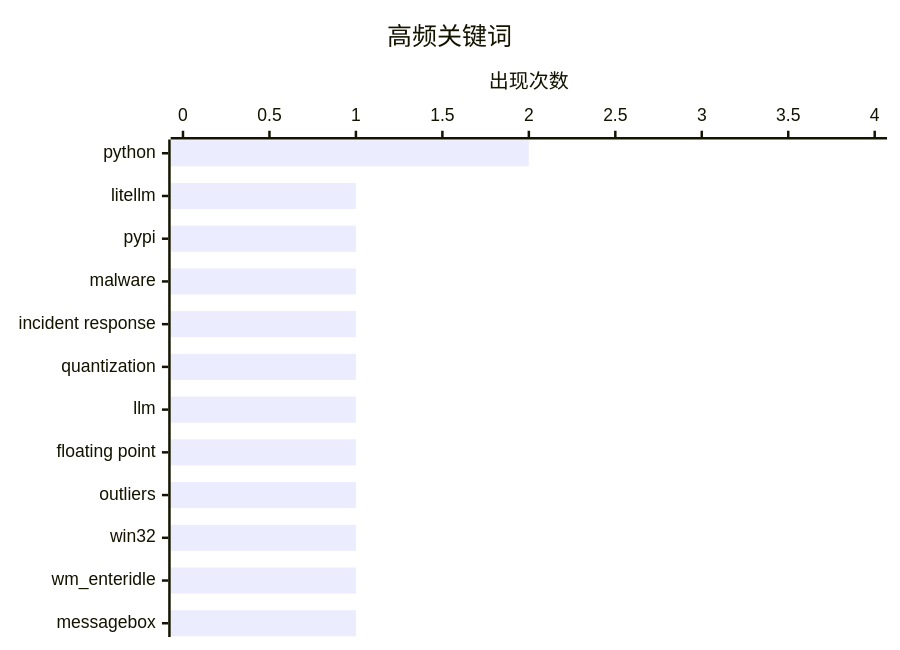
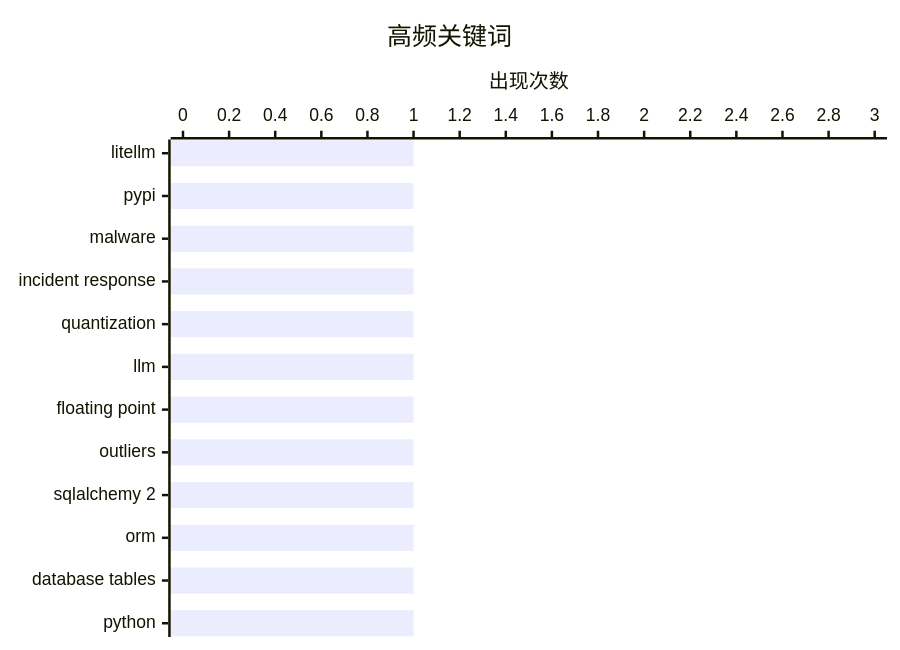
Before and after one commit to originem0/SZBlog: the second of 2 diagrams in content/ai-daily/2026-03-27.md, drawn with Mermaid. The commit also changed other lines of this file, not shown here.

````diff
--- a/content/ai-daily/2026-03-27.md
+++ b/content/ai-daily/2026-03-27.md
@@ -67,7 +67,7 @@
 ```mermaid
 xychart-beta horizontal
     title "高频关键词"
-    x-axis ["python", "litellm", "pypi", "malware", "incident response", "quantization", "llm", "floating point", "outliers", "win32", "wm_enteridle", "messagebox"]
-    y-axis "出现次数" 0 --> 4
-    bar [2, 1, 1, 1, 1, 1, 1, 1, 1, 1, 1, 1]
+    x-axis ["litellm", "pypi", "malware", "incident response", "quantization", "llm", "floating point", "outliers", "sqlalchemy 2", "orm", "database tables", "python"]
+    y-axis "出现次数" 0 --> 3
+    bar [1, 1, 1, 1, 1, 1, 1, 1, 1, 1, 1, 1]
 ```
````
